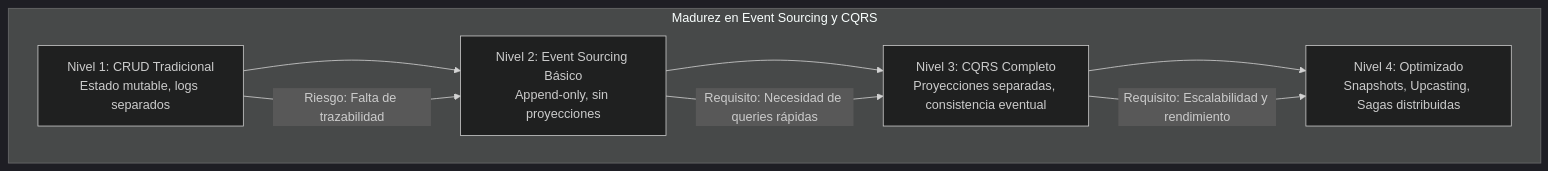
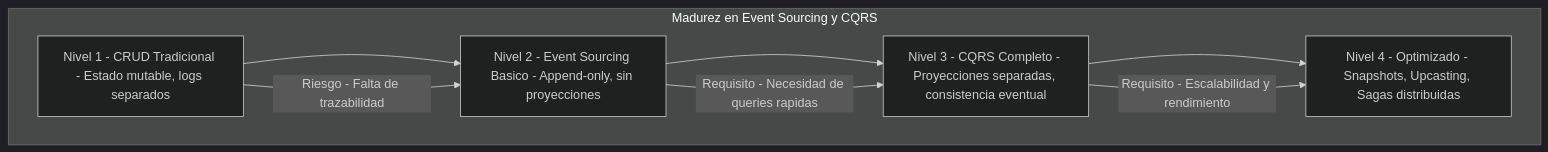
The third of 3 diagrams in 02_Arquitectura/event_sourcing_y_cqrs_con_java_21_y_spring_boot_STAFF.md (Joaquinriosheredia/DAM-Java-Mastery), drawn with Mermaid (dark theme) before and after one commit. The commit also changed other lines of this file, not shown here.

Commit message:
event_sourcing_y_cqrs_con_java_21_y_spring_boot_STAFF.md

````diff
--- a/02_Arquitectura/event_sourcing_y_cqrs_con_java_21_y_spring_boot_STAFF.md
+++ b/02_Arquitectura/event_sourcing_y_cqrs_con_java_21_y_spring_boot_STAFF.md
@@ -578,13 +782,13 @@
 ```mermaid
 graph TD
     subgraph "Madurez en Event Sourcing y CQRS"
-        L1[Nivel 1: CRUD Tradicional<br>Estado mutable, logs separados] --> L2
-        L2[Nivel 2: Event Sourcing Básico<br>Append-only, sin proyecciones] --> L3
-        L3[Nivel 3: CQRS Completo<br>Proyecciones separadas, consistencia eventual] --> L4
-        L4[Nivel 4: Optimizado<br>Snapshots, Upcasting, Sagas distribuidas]
+        L1[Nivel 1 - CRUD Tradicional - Estado mutable, logs separados] --> L2
+        L2[Nivel 2 - Event Sourcing Basico - Append-only, sin proyecciones] --> L3
+        L3[Nivel 3 - CQRS Completo - Proyecciones separadas, consistencia eventual] --> L4
+        L4[Nivel 4 - Optimizado - Snapshots, Upcasting, Sagas distribuidas]
     end
     
-    L1 -->|Riesgo: Falta de trazabilidad| L2
-    L2 -->|Requisito: Necesidad de queries rápidas| L3
-    L3 -->|Requisito: Escalabilidad y rendimiento| L4
+    L1 -->|Riesgo - Falta de trazabilidad| L2
+    L2 -->|Requisito - Necesidad de queries rapidas| L3
+    L3 -->|Requisito - Escalabilidad y rendimiento| L4
 ```
````
